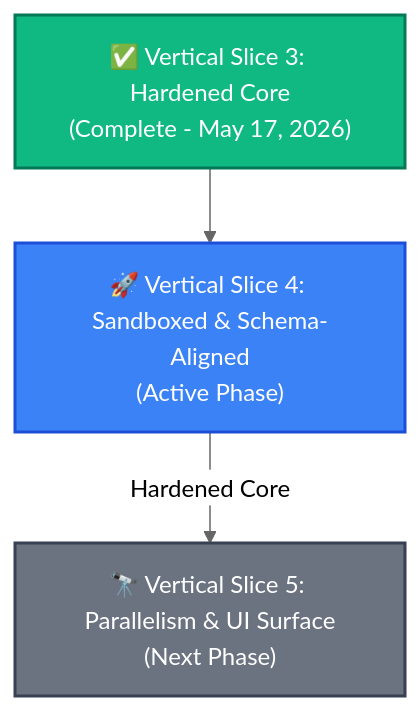
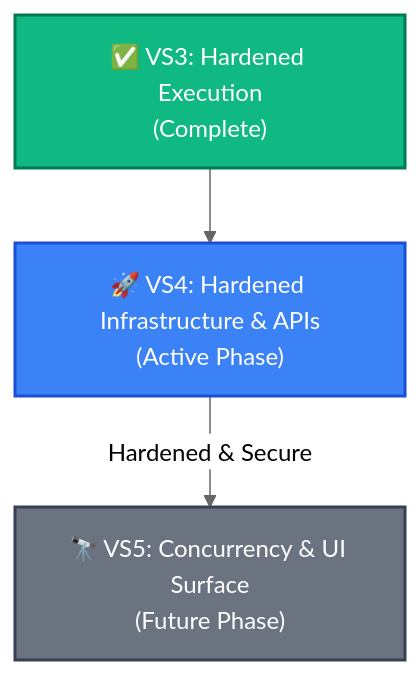
One commit to Noema-team/stratum changed the diagram in docs/developmentPlan/spec-alignment-roadmap.md. Above: the diagram before and after it, drawn with Mermaid (neutral theme). The commit also changed other lines of this file and 2 other files, not shown here.

Commit message:
docs: write fully rigorous, spec-aligned VS4 and VS5 plans and roadmap

````diff
--- a/docs/developmentPlan/spec-alignment-roadmap.md
+++ b/docs/developmentPlan/spec-alignment-roadmap.md
@@ -18,16 +16,16 @@
 ```mermaid
 graph TD
     %% Styling
     classDef complete fill:#10b981,stroke:#047857,stroke-width:2px,color:#fff;
     classDef active fill:#3b82f6,stroke:#1d4ed8,stroke-width:2px,color:#fff;
     classDef future fill:#6b7280,stroke:#374151,stroke-width:2px,color:#fff;
 
     %% Slices
-    VS3["✅ Vertical Slice 3: Hardened Core<br>(Complete - May 17, 2026)"]:::complete
-    VS4["🚀 Vertical Slice 4: Sandboxed & Schema-Aligned<br>(Active Phase)"]:::active
-    VS5["🔭 Vertical Slice 5: Parallelism & UI Surface<br>(Next Phase)"]:::future
+    VS3["✅ VS3: Hardened Execution<br>(Complete)"]:::complete
+    VS4["🚀 VS4: Hardened Infrastructure & APIs<br>(Active Phase)"]:::active
+    VS5["🔭 VS5: Concurrency & UI Surface<br>(Future Phase)"]:::future
 
-    %% Deliverables
+    %% Slices Mapping
     VS3 --> VS4
-    VS4 -->|Hardened Core| VS5
+    VS4 -->|Hardened & Secure| VS5
 ```
````
